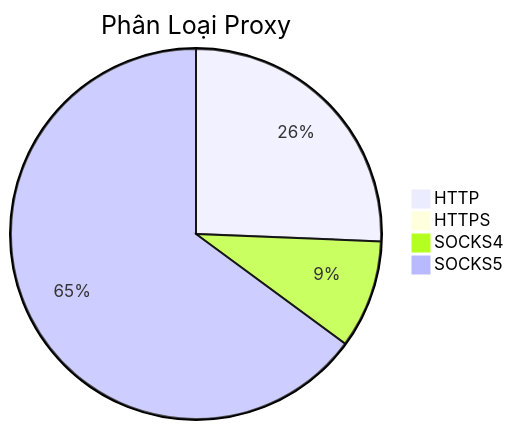
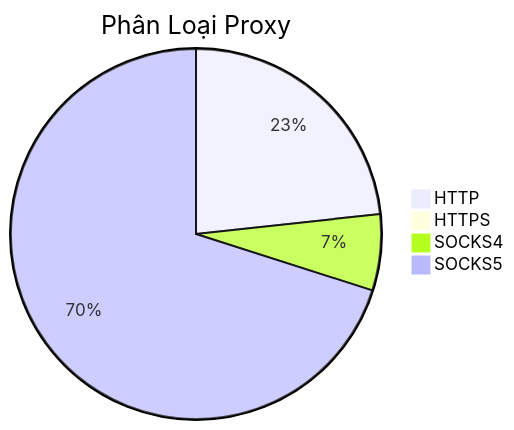
One commit to Ciara-Aa/PROXY-free changed the diagram in README.md. Above: the diagram before and after it, drawn with Mermaid. The commit also changed other lines of this file and 4 other files, not shown here.

````diff
--- a/README.md
+++ b/README.md
@@ -26,7 +26,7 @@
 ```mermaid
 pie title Phân Loại Proxy
-    "HTTP" : 653
-    "HTTPS" : 0
-    "SOCKS4" : 241
-    "SOCKS5" : 1653
+    "HTTP" : 854
+    "HTTPS" : 2
+    "SOCKS4" : 244
+    "SOCKS5" : 2571
 ```
````
